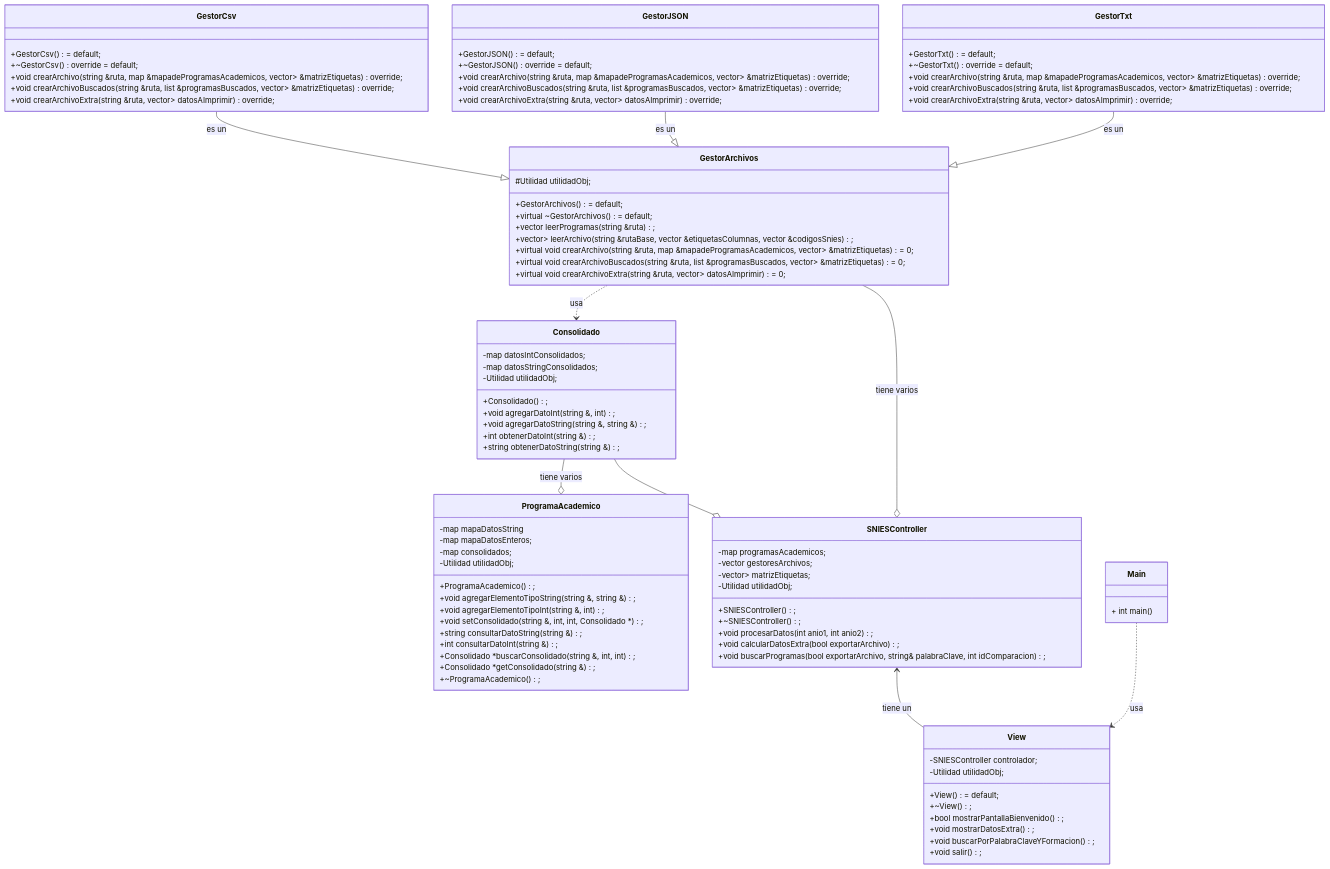
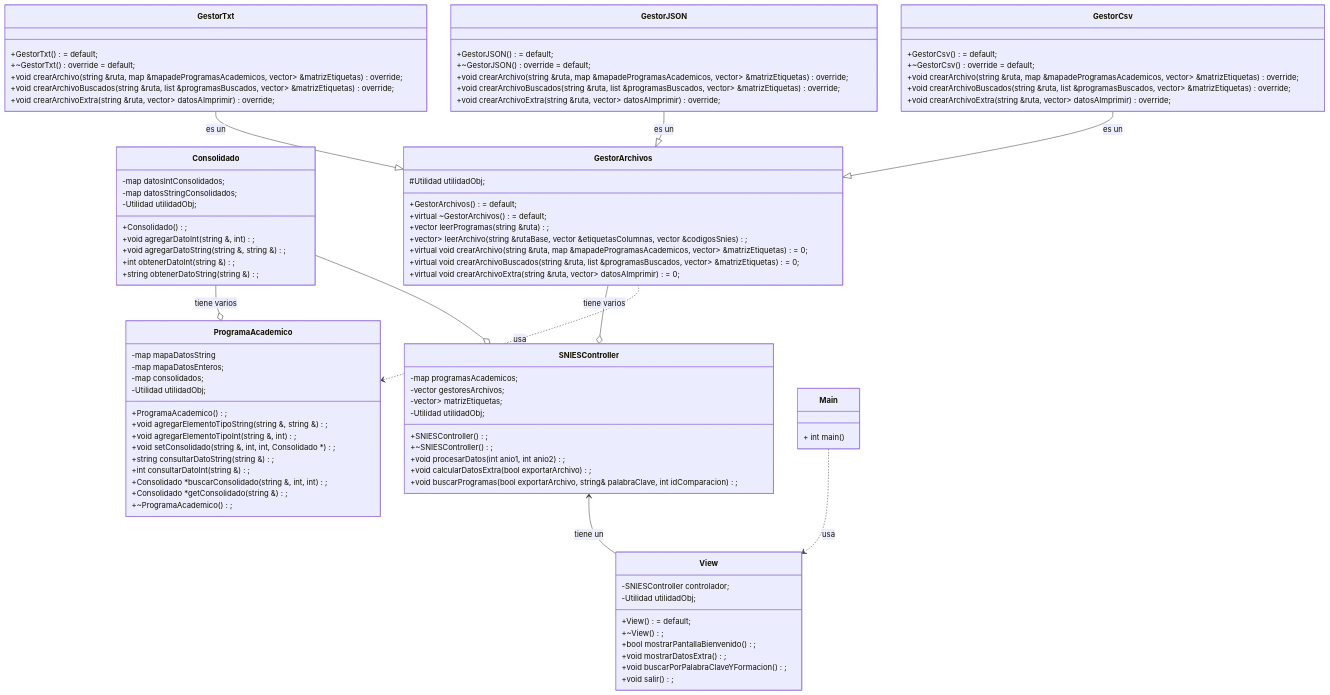
One commit to 300CIS017-Object-Oriented-Programming/proyecto-2-snies-extractor-sintax-error changed the diagram in README.md. Above: the diagram before and after it, drawn with Mermaid.

Commit message:
NEW: Diagrama Mermaid actualizado

```diff
--- a/README.md
+++ b/README.md
@@ -127,7 +127,7 @@
 View --> SNIESController : tiene un
 SNIESController o-- GestorArchivos: tiene varios
 SNIESController o-- Consolidado
-Consolidado <.. GestorArchivos: usa
+ProgramaAcademico <.. GestorArchivos: usa
 GestorArchivos <|-- GestorTxt: es un
 GestorArchivos <|-- GestorJSON: es un
 GestorArchivos <|-- GestorCsv: es un
```
